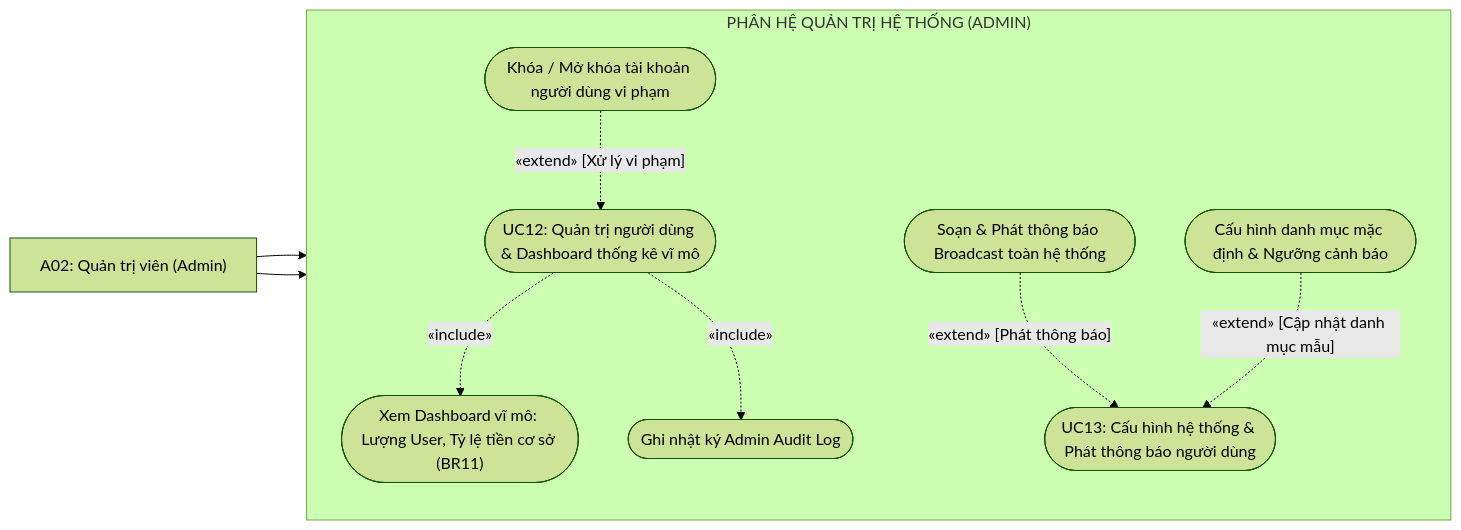
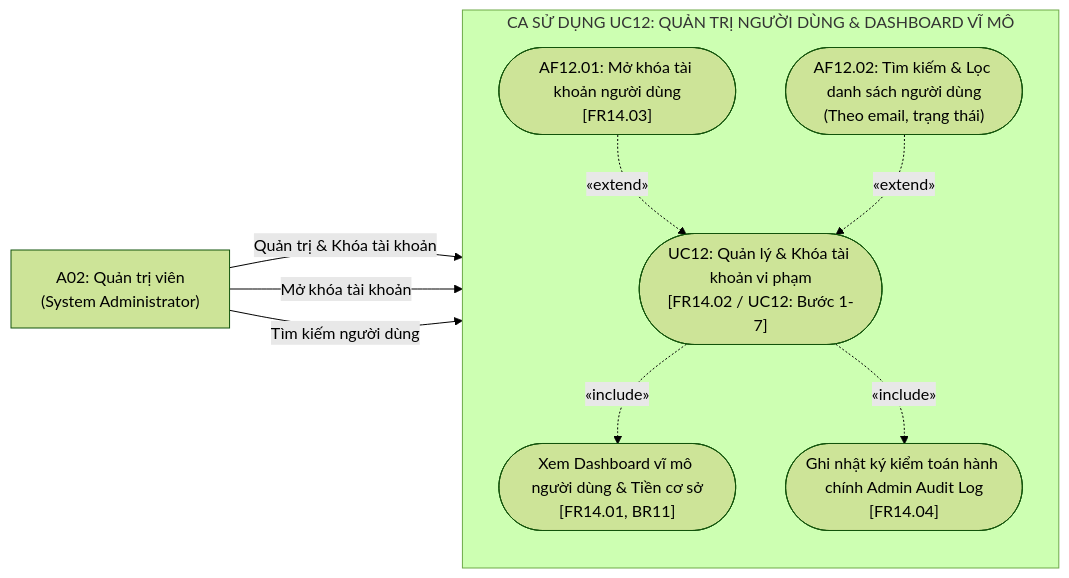
Diagram 13 of 14 in docs/02_elaboration/uml_modeling/usecase_diagram.md (huytothevoz/SE---Microfinance-Personal-Wealth-Expense-Tracker), drawn with Mermaid (forest theme) before and after one commit. The commit also changed other lines of this file and 1 other file, not shown here.

Commit message:
docs(uml): update usecase diagrams to v2.1 and add bidirectional mapping links to SRS

````diff
--- a/docs/02_elaboration/uml_modeling/usecase_diagram.md
+++ b/docs/02_elaboration/uml_modeling/usecase_diagram.md
@@ -271,30 +651,27 @@
 ```mermaid
 flowchart LR
     %% Actors
-    Admin["A02: Quản trị viên (Admin)"]
+    Admin["A02: Quản trị viên<br/>(System Administrator)"]
 
-    subgraph Boundary_Admin["PHÂN HỆ QUẢN TRỊ HỆ THỐNG (ADMIN)"]
+    subgraph Boundary_UC12["CA SỬ DỤNG UC12: QUẢN TRỊ NGƯỜI DÙNG & DASHBOARD VĨ MÔ"]
         direction TB
 
-        UC12(["UC12: Quản trị người dùng & Dashboard thống kê vĩ mô"])
-        UC12_Macro(["Xem Dashboard vĩ mô: Lượng User, Tỷ lệ tiền cơ sở (BR11)"])
-        UC12_Lock(["Khóa / Mở khóa tài khoản người dùng vi phạm"])
-        UC12_Audit(["Ghi nhật ký Admin Audit Log"])
-
-        UC13(["UC13: Cấu hình hệ thống & Phát thông báo người dùng"])
-        UC13_Announce(["Soạn & Phát thông báo Broadcast toàn hệ thống"])
-        UC13_Config(["Cấu hình danh mục mặc định & Ngưỡng cảnh báo"])
+        UC12(["UC12: Quản lý & Khóa tài khoản vi phạm<br/>[FR14.02 / UC12: Bước 1-7]"])
+        MacroDash(["Xem Dashboard vĩ mô người dùng & Tiền cơ sở<br/>[FR14.01, BR11]"])
+        AdminAudit(["Ghi nhật ký kiểm toán hành chính Admin Audit Log<br/>[FR14.04]"])
+        
+        AF12_01(["AF12.01: Mở khóa tài khoản người dùng<br/>[FR14.03]"])
+        AF12_02(["AF12.02: Tìm kiếm & Lọc danh sách người dùng<br/>(Theo email, trạng thái)"])
     end
 
-    %% Tương tác
-    Admin --> UC12
-    Admin --> UC13
+    %% Tương tác Tác nhân
+    Admin -->|"Quản trị & Khóa tài khoản"| UC12
+    Admin -->|"Mở khóa tài khoản"| AF12_01
+    Admin -->|"Tìm kiếm người dùng"| AF12_02
 
-    %% Include / Extend
-    UC12 -.->|"«include»"| UC12_Macro
-    UC12 -.->|"«include»"| UC12_Audit
-    UC12_Lock -.->|"«extend» [Xử lý vi phạm]"| UC12
-
-    UC13_Announce -.->|"«extend» [Phát thông báo]"| UC13
-    UC13_Config -.->|"«extend» [Cập nhật danh mục mẫu]"| UC13
+    %% Quan hệ Include / Extend trong UC12
+    UC12 -.->|"«include»"| MacroDash
+    UC12 -.->|"«include»"| AdminAudit
+    AF12_01 -.->|"«extend»"| UC12
+    AF12_02 -.->|"«extend»"| UC12
 ```
````
